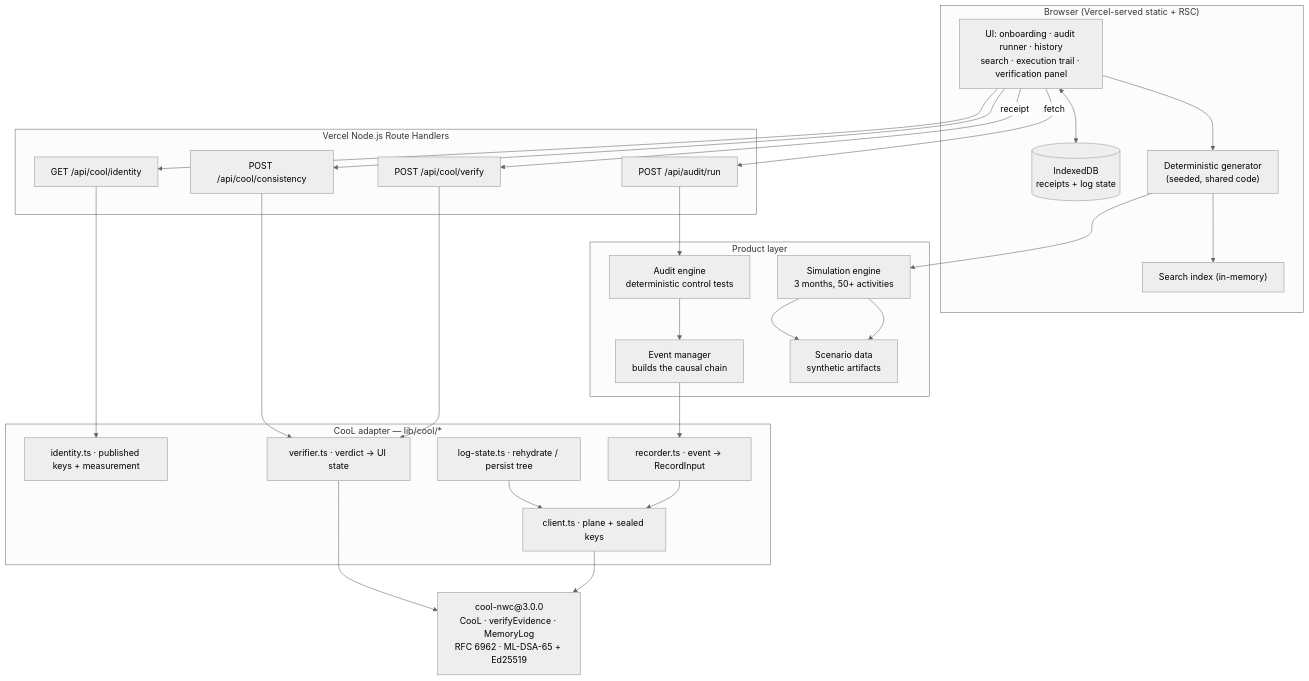
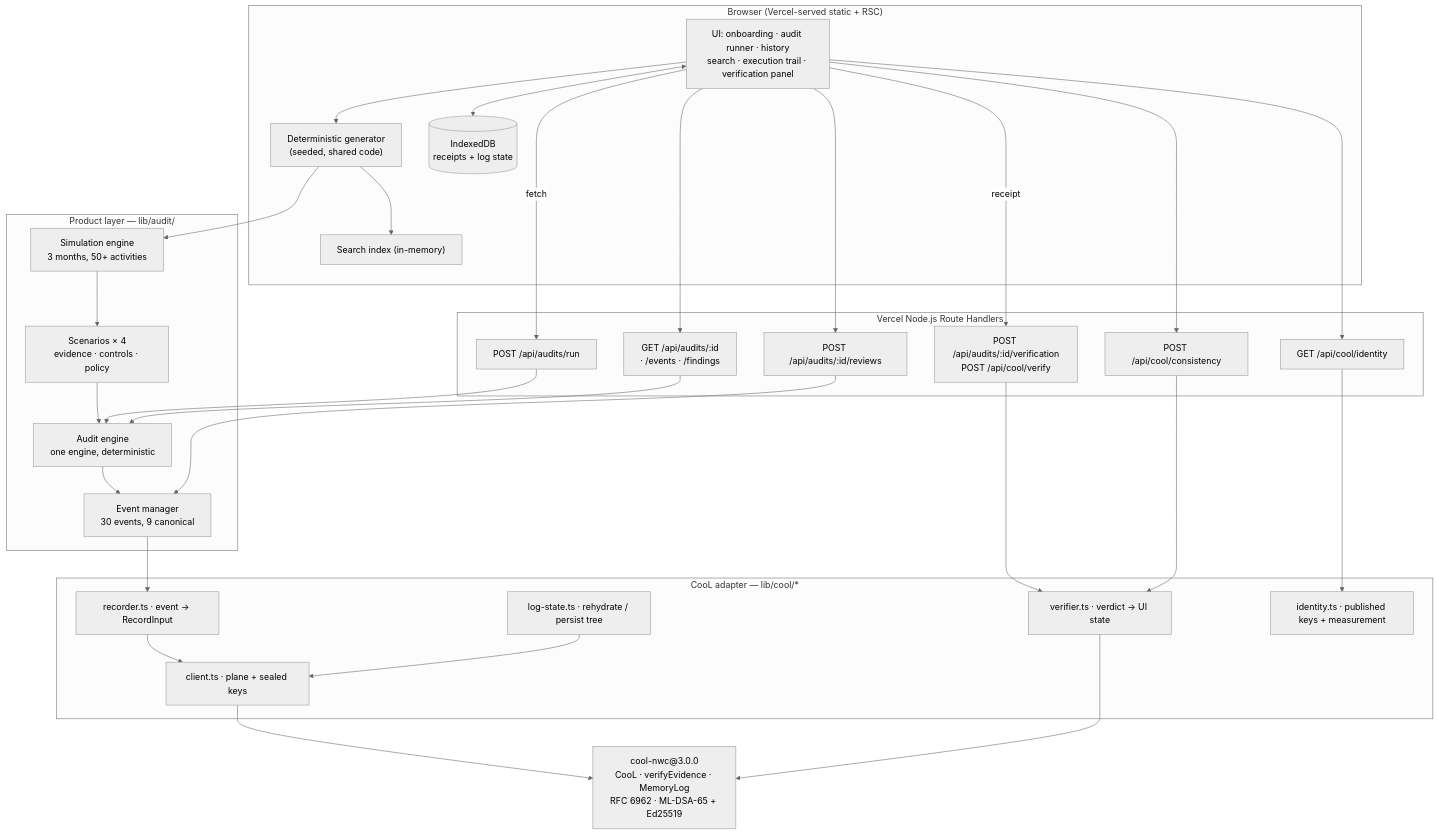
One commit to Gaurav8302/VeriAudit changed the first of 3 diagrams in docs/ARCHITECTURE.md. Above: the diagram before and after it, drawn with Mermaid (neutral theme). The commit also changed other lines of this file and 98 other files, not shown here.

````diff
--- a/docs/ARCHITECTURE.md
+++ b/docs/ARCHITECTURE.md
@@ -166,48 +185,55 @@
 ```mermaid
 flowchart TB
   subgraph browser["Browser (Vercel-served static + RSC)"]
     UI["UI: onboarding · audit runner · history<br/>search · execution trail · verification panel"]
     GEN["Deterministic generator<br/>(seeded, shared code)"]
     IDX["Search index (in-memory)"]
     IDB[("IndexedDB<br/>receipts + log state")]
     UI --> GEN --> IDX
     UI <--> IDB
   end
 
   subgraph vercel["Vercel Node.js Route Handlers"]
-    RUN["POST /api/audit/run"]
-    VER["POST /api/cool/verify"]
+    RUN["POST /api/audits/run"]
+    AUD["GET /api/audits/:id<br/>· /events · /findings"]
+    REV["POST /api/audits/:id/reviews"]
+    VER["POST /api/audits/:id/verification<br/>POST /api/cool/verify"]
     CON["POST /api/cool/consistency"]
     ID["GET /api/cool/identity"]
   end
 
-  subgraph product["Product layer"]
-    ENG["Audit engine<br/>deterministic control tests"]
-    EVT["Event manager<br/>builds the causal chain"]
+  subgraph product["Product layer — lib/audit/"]
+    ENG["Audit engine<br/>one engine, deterministic"]
+    EVT["Event manager<br/>30 events, 9 canonical"]
     SIM["Simulation engine<br/>3 months, 50+ activities"]
-    SCEN["Scenario data<br/>synthetic artifacts"]
+    SCEN["Scenarios × 4<br/>evidence · controls · policy"]
   end
 
   subgraph adapter["CooL adapter — lib/cool/*"]
     CL["client.ts · plane + sealed keys"]
     REC["recorder.ts · event → RecordInput"]
     VFY["verifier.ts · verdict → UI state"]
     LOG["log-state.ts · rehydrate / persist tree"]
     IDN["identity.ts · published keys + measurement"]
   end
 
   SDK["cool-nwc@3.0.0<br/>CooL · verifyEvidence · MemoryLog<br/>RFC 6962 · ML-DSA-65 + Ed25519"]
 
   UI -->|"fetch"| RUN
+  UI --> AUD
+  UI --> REV
   UI -->|"receipt"| VER
   UI --> CON
   UI --> ID
+  SCEN --> ENG
   RUN --> ENG --> EVT
-  GEN --> SIM --> SCEN
+  AUD --> ENG
+  REV --> EVT
+  GEN --> SIM
   EVT --> REC --> CL --> SDK
   LOG --> CL
   VER --> VFY --> SDK
   CON --> VFY
   ID --> IDN
   SIM --> SCEN
 ```
````
